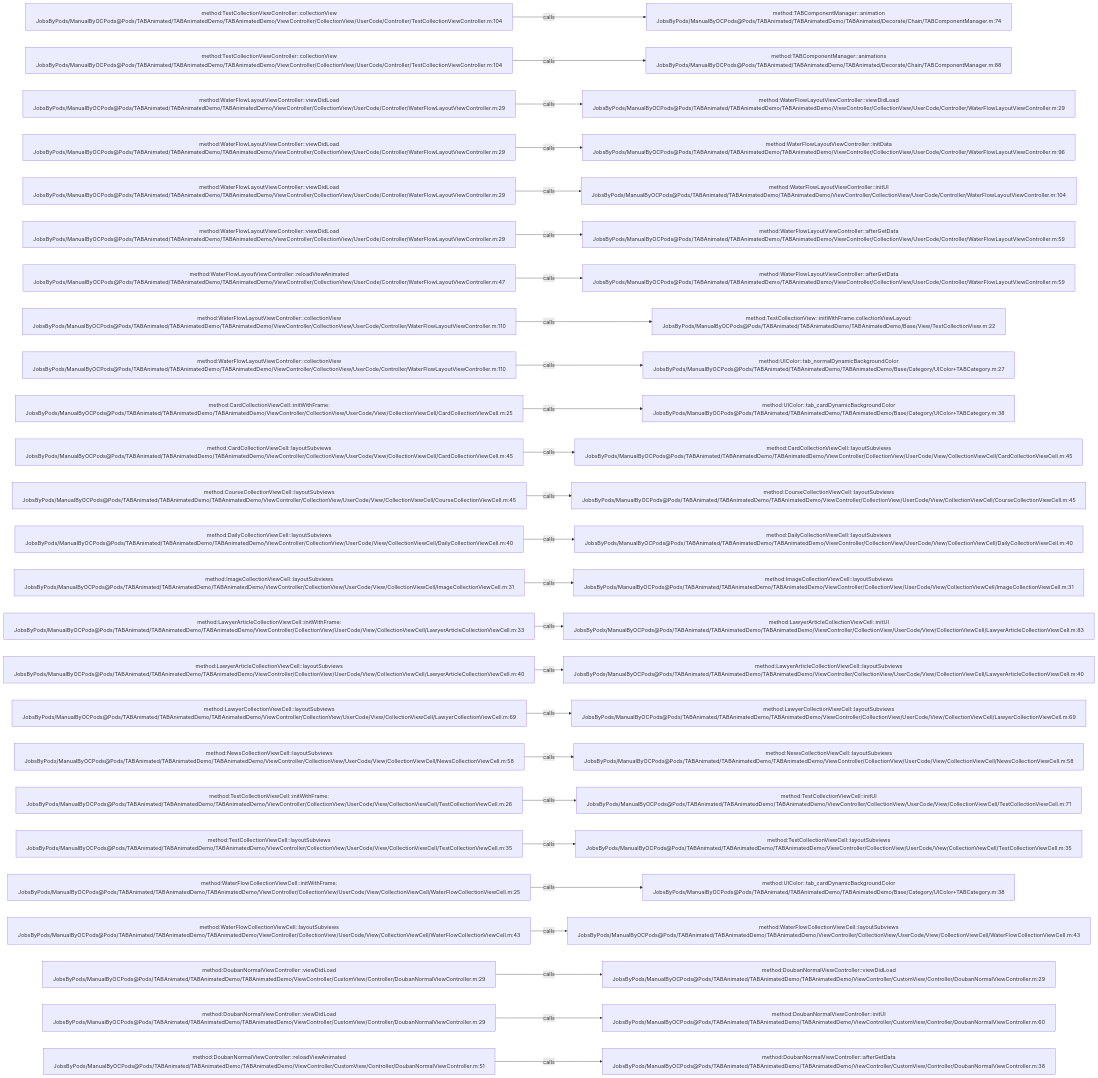
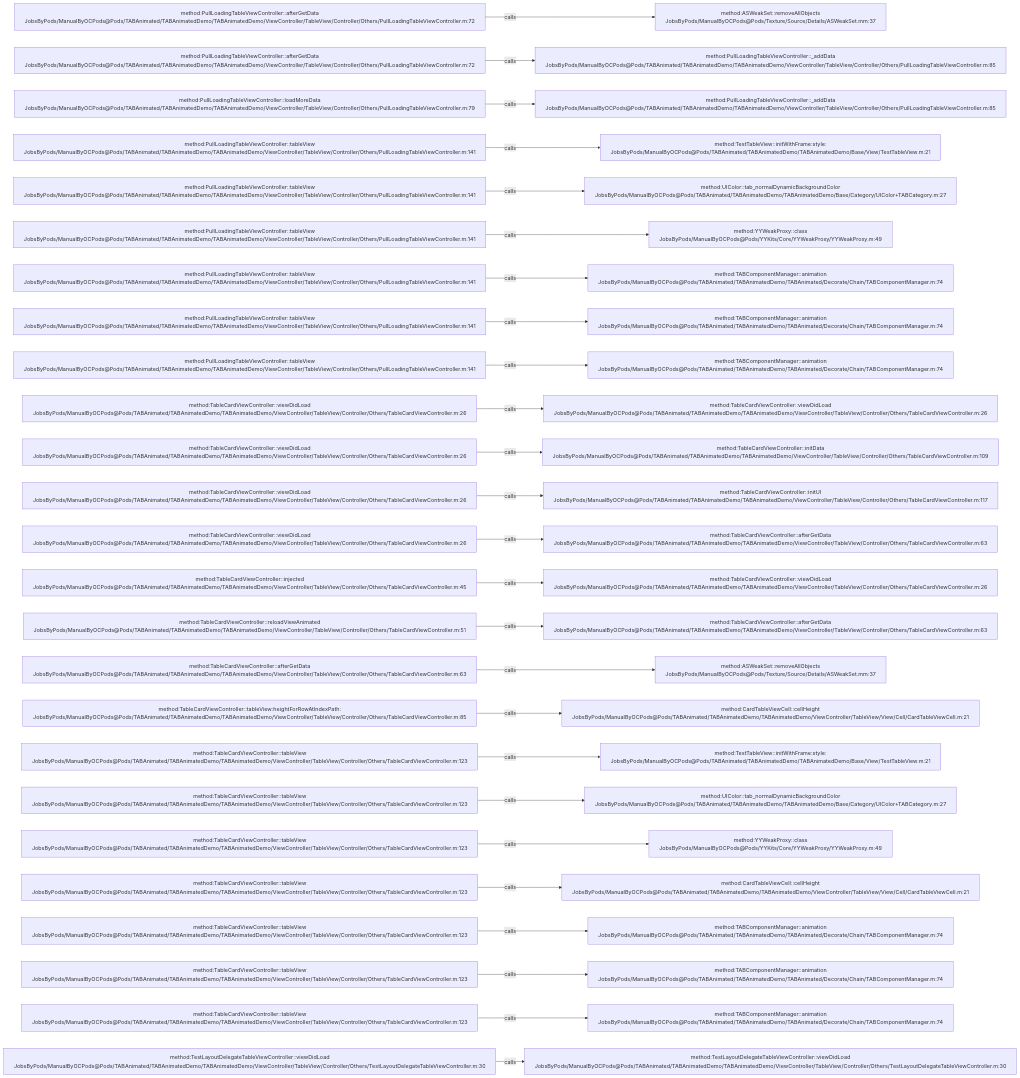
Before and after one commit to JobsKits/JobsOCBaseConfigDemo: the diagram in .codegraph/codegraph.md/graphs/calls-045.md, drawn with Mermaid. The commit also changed 2723 other files, not shown here.

````diff
--- a/.codegraph/codegraph.md/graphs/calls-045.md
+++ b/.codegraph/codegraph.md/graphs/calls-045.md
@@ -13,78 +13,78 @@
 ```mermaid
 flowchart LR
-  S1["method:TestCollectionViewController::collectionView<br/>JobsByPods/ManualByOCPods@Pods/TABAnimated/TABAnimatedDemo/TABAnimatedDemo/ViewController/CollectionView/UserCode/Controller/TestCollectionViewController.m:104"]
-  T1["method:TABComponentManager::animation<br/>JobsByPods/ManualByOCPods@Pods/TABAnimated/TABAnimatedDemo/TABAnimated/Decorate/Chain/TABComponentManager.m:74"]
+  S1["method:PullLoadingTableViewController::afterGetData<br/>JobsByPods/ManualByOCPods@Pods/TABAnimated/TABAnimatedDemo/TABAnimatedDemo/ViewController/TableView/Controller/Others/PullLoadingTableViewController.m:72"]
+  T1["method:ASWeakSet::removeAllObjects<br/>JobsByPods/ManualByOCPods@Pods/Texture/Source/Details/ASWeakSet.mm:37"]
   S1 -->|calls| T1
-  S2["method:TestCollectionViewController::collectionView<br/>JobsByPods/ManualByOCPods@Pods/TABAnimated/TABAnimatedDemo/TABAnimatedDemo/ViewController/CollectionView/UserCode/Controller/TestCollectionViewController.m:104"]
-  T2["method:TABComponentManager::animations<br/>JobsByPods/ManualByOCPods@Pods/TABAnimated/TABAnimatedDemo/TABAnimated/Decorate/Chain/TABComponentManager.m:88"]
+  S2["method:PullLoadingTableViewController::afterGetData<br/>JobsByPods/ManualByOCPods@Pods/TABAnimated/TABAnimatedDemo/TABAnimatedDemo/ViewController/TableView/Controller/Others/PullLoadingTableViewController.m:72"]
+  T2["method:PullLoadingTableViewController::_addData<br/>JobsByPods/ManualByOCPods@Pods/TABAnimated/TABAnimatedDemo/TABAnimatedDemo/ViewController/TableView/Controller/Others/PullLoadingTableViewController.m:85"]
   S2 -->|calls| T2
-  S3["method:WaterFlowLayoutViewController::viewDidLoad<br/>JobsByPods/ManualByOCPods@Pods/TABAnimated/TABAnimatedDemo/TABAnimatedDemo/ViewController/CollectionView/UserCode/Controller/WaterFlowLayoutViewController.m:29"]
-  T3["method:WaterFlowLayoutViewController::viewDidLoad<br/>JobsByPods/ManualByOCPods@Pods/TABAnimated/TABAnimatedDemo/TABAnimatedDemo/ViewController/CollectionView/UserCode/Controller/WaterFlowLayoutViewController.m:29"]
+  S3["method:PullLoadingTableViewController::loadMoreData<br/>JobsByPods/ManualByOCPods@Pods/TABAnimated/TABAnimatedDemo/TABAnimatedDemo/ViewController/TableView/Controller/Others/PullLoadingTableViewController.m:79"]
+  T3["method:PullLoadingTableViewController::_addData<br/>JobsByPods/ManualByOCPods@Pods/TABAnimated/TABAnimatedDemo/TABAnimatedDemo/ViewController/TableView/Controller/Others/PullLoadingTableViewController.m:85"]
   S3 -->|calls| T3
-  S4["method:WaterFlowLayoutViewController::viewDidLoad<br/>JobsByPods/ManualByOCPods@Pods/TABAnimated/TABAnimatedDemo/TABAnimatedDemo/ViewController/CollectionView/UserCode/Controller/WaterFlowLayoutViewController.m:29"]
-  T4["method:WaterFlowLayoutViewController::initData<br/>JobsByPods/ManualByOCPods@Pods/TABAnimated/TABAnimatedDemo/TABAnimatedDemo/ViewController/CollectionView/UserCode/Controller/WaterFlowLayoutViewController.m:96"]
+  S4["method:PullLoadingTableViewController::tableView<br/>JobsByPods/ManualByOCPods@Pods/TABAnimated/TABAnimatedDemo/TABAnimatedDemo/ViewController/TableView/Controller/Others/PullLoadingTableViewController.m:141"]
+  T4["method:TestTableView::initWithFrame:style:<br/>JobsByPods/ManualByOCPods@Pods/TABAnimated/TABAnimatedDemo/TABAnimatedDemo/Base/View/TestTableView.m:21"]
   S4 -->|calls| T4
-  S5["method:WaterFlowLayoutViewController::viewDidLoad<br/>JobsByPods/ManualByOCPods@Pods/TABAnimated/TABAnimatedDemo/TABAnimatedDemo/ViewController/CollectionView/UserCode/Controller/WaterFlowLayoutViewController.m:29"]
-  T5["method:WaterFlowLayoutViewController::initUI<br/>JobsByPods/ManualByOCPods@Pods/TABAnimated/TABAnimatedDemo/TABAnimatedDemo/ViewController/CollectionView/UserCode/Controller/WaterFlowLayoutViewController.m:104"]
+  S5["method:PullLoadingTableViewController::tableView<br/>JobsByPods/ManualByOCPods@Pods/TABAnimated/TABAnimatedDemo/TABAnimatedDemo/ViewController/TableView/Controller/Others/PullLoadingTableViewController.m:141"]
+  T5["method:UIColor::tab_normalDynamicBackgroundColor<br/>JobsByPods/ManualByOCPods@Pods/TABAnimated/TABAnimatedDemo/TABAnimatedDemo/Base/Category/UIColor+TABCategory.m:27"]
   S5 -->|calls| T5
-  S6["method:WaterFlowLayoutViewController::viewDidLoad<br/>JobsByPods/ManualByOCPods@Pods/TABAnimated/TABAnimatedDemo/TABAnimatedDemo/ViewController/CollectionView/UserCode/Controller/WaterFlowLayoutViewController.m:29"]
-  T6["method:WaterFlowLayoutViewController::afterGetData<br/>JobsByPods/ManualByOCPods@Pods/TABAnimated/TABAnimatedDemo/TABAnimatedDemo/ViewController/CollectionView/UserCode/Controller/WaterFlowLayoutViewController.m:59"]
+  S6["method:PullLoadingTableViewController::tableView<br/>JobsByPods/ManualByOCPods@Pods/TABAnimated/TABAnimatedDemo/TABAnimatedDemo/ViewController/TableView/Controller/Others/PullLoadingTableViewController.m:141"]
+  T6["method:YYWeakProxy::class<br/>JobsByPods/ManualByOCPods@Pods/YYKits/Core/YYWeakProxy/YYWeakProxy.m:49"]
   S6 -->|calls| T6
-  S7["method:WaterFlowLayoutViewController::reloadViewAnimated<br/>JobsByPods/ManualByOCPods@Pods/TABAnimated/TABAnimatedDemo/TABAnimatedDemo/ViewController/CollectionView/UserCode/Controller/WaterFlowLayoutViewController.m:47"]
-  T7["method:WaterFlowLayoutViewController::afterGetData<br/>JobsByPods/ManualByOCPods@Pods/TABAnimated/TABAnimatedDemo/TABAnimatedDemo/ViewController/CollectionView/UserCode/Controller/WaterFlowLayoutViewController.m:59"]
+  S7["method:PullLoadingTableViewController::tableView<br/>JobsByPods/ManualByOCPods@Pods/TABAnimated/TABAnimatedDemo/TABAnimatedDemo/ViewController/TableView/Controller/Others/PullLoadingTableViewController.m:141"]
+  T7["method:TABComponentManager::animation<br/>JobsByPods/ManualByOCPods@Pods/TABAnimated/TABAnimatedDemo/TABAnimated/Decorate/Chain/TABComponentManager.m:74"]
   S7 -->|calls| T7
-  S8["method:WaterFlowLayoutViewController::collectionView<br/>JobsByPods/ManualByOCPods@Pods/TABAnimated/TABAnimatedDemo/TABAnimatedDemo/ViewController/CollectionView/UserCode/Controller/WaterFlowLayoutViewController.m:110"]
-  T8["method:TestCollectionView::initWithFrame:collectionViewLayout:<br/>JobsByPods/ManualByOCPods@Pods/TABAnimated/TABAnimatedDemo/TABAnimatedDemo/Base/View/TestCollectionView.m:22"]
+  S8["method:PullLoadingTableViewController::tableView<br/>JobsByPods/ManualByOCPods@Pods/TABAnimated/TABAnimatedDemo/TABAnimatedDemo/ViewController/TableView/Controller/Others/PullLoadingTableViewController.m:141"]
+  T8["method:TABComponentManager::animation<br/>JobsByPods/ManualByOCPods@Pods/TABAnimated/TABAnimatedDemo/TABAnimated/Decorate/Chain/TABComponentManager.m:74"]
   S8 -->|calls| T8
-  S9["method:WaterFlowLayoutViewController::collectionView<br/>JobsByPods/ManualByOCPods@Pods/TABAnimated/TABAnimatedDemo/TABAnimatedDemo/ViewController/CollectionView/UserCode/Controller/WaterFlowLayoutViewController.m:110"]
-  T9["method:UIColor::tab_normalDynamicBackgroundColor<br/>JobsByPods/ManualByOCPods@Pods/TABAnimated/TABAnimatedDemo/TABAnimatedDemo/Base/Category/UIColor+TABCategory.m:27"]
+  S9["method:PullLoadingTableViewController::tableView<br/>JobsByPods/ManualByOCPods@Pods/TABAnimated/TABAnimatedDemo/TABAnimatedDemo/ViewController/TableView/Controller/Others/PullLoadingTableViewController.m:141"]
+  T9["method:TABComponentManager::animation<br/>JobsByPods/ManualByOCPods@Pods/TABAnimated/TABAnimatedDemo/TABAnimated/Decorate/Chain/TABComponentManager.m:74"]
   S9 -->|calls| T9
-  S10["method:CardCollectionViewCell::initWithFrame:<br/>JobsByPods/ManualByOCPods@Pods/TABAnimated/TABAnimatedDemo/TABAnimatedDemo/ViewController/CollectionView/UserCode/View/CollectionViewCell/CardCollectionViewCell.m:25"]
-  T10["method:UIColor::tab_cardDynamicBackgroundColor<br/>JobsByPods/ManualByOCPods@Pods/TABAnimated/TABAnimatedDemo/TABAnimatedDemo/Base/Category/UIColor+TABCategory.m:38"]
+  S10["method:TableCardViewController::viewDidLoad<br/>JobsByPods/ManualByOCPods@Pods/TABAnimated/TABAnimatedDemo/TABAnimatedDemo/ViewController/TableView/Controller/Others/TableCardViewController.m:26"]
+  T10["method:TableCardViewController::viewDidLoad<br/>JobsByPods/ManualByOCPods@Pods/TABAnimated/TABAnimatedDemo/TABAnimatedDemo/ViewController/TableView/Controller/Others/TableCardViewController.m:26"]
   S10 -->|calls| T10
-  S11["method:CardCollectionViewCell::layoutSubviews<br/>JobsByPods/ManualByOCPods@Pods/TABAnimated/TABAnimatedDemo/TABAnimatedDemo/ViewController/CollectionView/UserCode/View/CollectionViewCell/CardCollectionViewCell.m:45"]
-  T11["method:CardCollectionViewCell::layoutSubviews<br/>JobsByPods/ManualByOCPods@Pods/TABAnimated/TABAnimatedDemo/TABAnimatedDemo/ViewController/CollectionView/UserCode/View/CollectionViewCell/CardCollectionViewCell.m:45"]
+  S11["method:TableCardViewController::viewDidLoad<br/>JobsByPods/ManualByOCPods@Pods/TABAnimated/TABAnimatedDemo/TABAnimatedDemo/ViewController/TableView/Controller/Others/TableCardViewController.m:26"]
+  T11["method:TableCardViewController::initData<br/>JobsByPods/ManualByOCPods@Pods/TABAnimated/TABAnimatedDemo/TABAnimatedDemo/ViewController/TableView/Controller/Others/TableCardViewController.m:109"]
   S11 -->|calls| T11
-  S12["method:CourseCollectionViewCell::layoutSubviews<br/>JobsByPods/ManualByOCPods@Pods/TABAnimated/TABAnimatedDemo/TABAnimatedDemo/ViewController/CollectionView/UserCode/View/CollectionViewCell/CourseCollectionViewCell.m:45"]
-  T12["method:CourseCollectionViewCell::layoutSubviews<br/>JobsByPods/ManualByOCPods@Pods/TABAnimated/TABAnimatedDemo/TABAnimatedDemo/ViewController/CollectionView/UserCode/View/CollectionViewCell/CourseCollectionViewCell.m:45"]
+  S12["method:TableCardViewController::viewDidLoad<br/>JobsByPods/ManualByOCPods@Pods/TABAnimated/TABAnimatedDemo/TABAnimatedDemo/ViewController/TableView/Controller/Others/TableCardViewController.m:26"]
+  T12["method:TableCardViewController::initUI<br/>JobsByPods/ManualByOCPods@Pods/TABAnimated/TABAnimatedDemo/TABAnimatedDemo/ViewController/TableView/Controller/Others/TableCardViewController.m:117"]
   S12 -->|calls| T12
-  S13["method:DailyCollectionViewCell::layoutSubviews<br/>JobsByPods/ManualByOCPods@Pods/TABAnimated/TABAnimatedDemo/TABAnimatedDemo/ViewController/CollectionView/UserCode/View/CollectionViewCell/DailyCollectionViewCell.m:40"]
-  T13["method:DailyCollectionViewCell::layoutSubviews<br/>JobsByPods/ManualByOCPods@Pods/TABAnimated/TABAnimatedDemo/TABAnimatedDemo/ViewController/CollectionView/UserCode/View/CollectionViewCell/DailyCollectionViewCell.m:40"]
+  S13["method:TableCardViewController::viewDidLoad<br/>JobsByPods/ManualByOCPods@Pods/TABAnimated/TABAnimatedDemo/TABAnimatedDemo/ViewController/TableView/Controller/Others/TableCardViewController.m:26"]
+  T13["method:TableCardViewController::afterGetData<br/>JobsByPods/ManualByOCPods@Pods/TABAnimated/TABAnimatedDemo/TABAnimatedDemo/ViewController/TableView/Controller/Others/TableCardViewController.m:63"]
   S13 -->|calls| T13
-  S14["method:ImageCollectionViewCell::layoutSubviews<br/>JobsByPods/ManualByOCPods@Pods/TABAnimated/TABAnimatedDemo/TABAnimatedDemo/ViewController/CollectionView/UserCode/View/CollectionViewCell/ImageCollectionViewCell.m:31"]
-  T14["method:ImageCollectionViewCell::layoutSubviews<br/>JobsByPods/ManualByOCPods@Pods/TABAnimated/TABAnimatedDemo/TABAnimatedDemo/ViewController/CollectionView/UserCode/View/CollectionViewCell/ImageCollectionViewCell.m:31"]
+  S14["method:TableCardViewController::injected<br/>JobsByPods/ManualByOCPods@Pods/TABAnimated/TABAnimatedDemo/TABAnimatedDemo/ViewController/TableView/Controller/Others/TableCardViewController.m:45"]
+  T14["method:TableCardViewController::viewDidLoad<br/>JobsByPods/ManualByOCPods@Pods/TABAnimated/TABAnimatedDemo/TABAnimatedDemo/ViewController/TableView/Controller/Others/TableCardViewController.m:26"]
   S14 -->|calls| T14
-  S15["method:LawyerArticleCollectionViewCell::initWithFrame:<br/>JobsByPods/ManualByOCPods@Pods/TABAnimated/TABAnimatedDemo/TABAnimatedDemo/ViewController/CollectionView/UserCode/View/CollectionViewCell/LawyerArticleCollectionViewCell.m:33"]
-  T15["method:LawyerArticleCollectionViewCell::initUI<br/>JobsByPods/ManualByOCPods@Pods/TABAnimated/TABAnimatedDemo/TABAnimatedDemo/ViewController/CollectionView/UserCode/View/CollectionViewCell/LawyerArticleCollectionViewCell.m:83"]
+  S15["method:TableCardViewController::reloadViewAnimated<br/>JobsByPods/ManualByOCPods@Pods/TABAnimated/TABAnimatedDemo/TABAnimatedDemo/ViewController/TableView/Controller/Others/TableCardViewController.m:51"]
+  T15["method:TableCardViewController::afterGetData<br/>JobsByPods/ManualByOCPods@Pods/TABAnimated/TABAnimatedDemo/TABAnimatedDemo/ViewController/TableView/Controller/Others/TableCardViewController.m:63"]
   S15 -->|calls| T15
-  S16["method:LawyerArticleCollectionViewCell::layoutSubviews<br/>JobsByPods/ManualByOCPods@Pods/TABAnimated/TABAnimatedDemo/TABAnimatedDemo/ViewController/CollectionView/UserCode/View/CollectionViewCell/LawyerArticleCollectionViewCell.m:40"]
-  T16["method:LawyerArticleCollectionViewCell::layoutSubviews<br/>JobsByPods/ManualByOCPods@Pods/TABAnimated/TABAnimatedDemo/TABAnimatedDemo/ViewController/CollectionView/UserCode/View/CollectionViewCell/LawyerArticleCollectionViewCell.m:40"]
+  S16["method:TableCardViewController::afterGetData<br/>JobsByPods/ManualByOCPods@Pods/TABAnimated/TABAnimatedDemo/TABAnimatedDemo/ViewController/TableView/Controller/Others/TableCardViewController.m:63"]
+  T16["method:ASWeakSet::removeAllObjects<br/>JobsByPods/ManualByOCPods@Pods/Texture/Source/Details/ASWeakSet.mm:37"]
   S16 -->|calls| T16
-  S17["method:LawyerCollectionViewCell::layoutSubviews<br/>JobsByPods/ManualByOCPods@Pods/TABAnimated/TABAnimatedDemo/TABAnimatedDemo/ViewController/CollectionView/UserCode/View/CollectionViewCell/LawyerCollectionViewCell.m:69"]
-  T17["method:LawyerCollectionViewCell::layoutSubviews<br/>JobsByPods/ManualByOCPods@Pods/TABAnimated/TABAnimatedDemo/TABAnimatedDemo/ViewController/CollectionView/UserCode/View/CollectionViewCell/LawyerCollectionViewCell.m:69"]
+  S17["method:TableCardViewController::tableView:heightForRowAtIndexPath:<br/>JobsByPods/ManualByOCPods@Pods/TABAnimated/TABAnimatedDemo/TABAnimatedDemo/ViewController/TableView/Controller/Others/TableCardViewController.m:85"]
+  T17["method:CardTableViewCell::cellHeight<br/>JobsByPods/ManualByOCPods@Pods/TABAnimated/TABAnimatedDemo/TABAnimatedDemo/ViewController/TableView/View/Cell/CardTableViewCell.m:21"]
   S17 -->|calls| T17
-  S18["method:NewsCollectionViewCell::layoutSubviews<br/>JobsByPods/ManualByOCPods@Pods/TABAnimated/TABAnimatedDemo/TABAnimatedDemo/ViewController/CollectionView/UserCode/View/CollectionViewCell/NewsCollectionViewCell.m:58"]
-  T18["method:NewsCollectionViewCell::layoutSubviews<br/>JobsByPods/ManualByOCPods@Pods/TABAnimated/TABAnimatedDemo/TABAnimatedDemo/ViewController/CollectionView/UserCode/View/CollectionViewCell/NewsCollectionViewCell.m:58"]
+  S18["method:TableCardViewController::tableView<br/>JobsByPods/ManualByOCPods@Pods/TABAnimated/TABAnimatedDemo/TABAnimatedDemo/ViewController/TableView/Controller/Others/TableCardViewController.m:123"]
+  T18["method:TestTableView::initWithFrame:style:<br/>JobsByPods/ManualByOCPods@Pods/TABAnimated/TABAnimatedDemo/TABAnimatedDemo/Base/View/TestTableView.m:21"]
   S18 -->|calls| T18
-  S19["method:TestCollectionViewCell::initWithFrame:<br/>JobsByPods/ManualByOCPods@Pods/TABAnimated/TABAnimatedDemo/TABAnimatedDemo/ViewController/CollectionView/UserCode/View/CollectionViewCell/TestCollectionViewCell.m:26"]
-  T19["method:TestCollectionViewCell::initUI<br/>JobsByPods/ManualByOCPods@Pods/TABAnimated/TABAnimatedDemo/TABAnimatedDemo/ViewController/CollectionView/UserCode/View/CollectionViewCell/TestCollectionViewCell.m:71"]
+  S19["method:TableCardViewController::tableView<br/>JobsByPods/ManualByOCPods@Pods/TABAnimated/TABAnimatedDemo/TABAnimatedDemo/ViewController/TableView/Controller/Others/TableCardViewController.m:123"]
+  T19["method:UIColor::tab_normalDynamicBackgroundColor<br/>JobsByPods/ManualByOCPods@Pods/TABAnimated/TABAnimatedDemo/TABAnimatedDemo/Base/Category/UIColor+TABCategory.m:27"]
   S19 -->|calls| T19
-  S20["method:TestCollectionViewCell::layoutSubviews<br/>JobsByPods/ManualByOCPods@Pods/TABAnimated/TABAnimatedDemo/TABAnimatedDemo/ViewController/CollectionView/UserCode/View/CollectionViewCell/TestCollectionViewCell.m:35"]
-  T20["method:TestCollectionViewCell::layoutSubviews<br/>JobsByPods/ManualByOCPods@Pods/TABAnimated/TABAnimatedDemo/TABAnimatedDemo/ViewController/CollectionView/UserCode/View/CollectionViewCell/TestCollectionViewCell.m:35"]
+  S20["method:TableCardViewController::tableView<br/>JobsByPods/ManualByOCPods@Pods/TABAnimated/TABAnimatedDemo/TABAnimatedDemo/ViewController/TableView/Controller/Others/TableCardViewController.m:123"]
+  T20["method:YYWeakProxy::class<br/>JobsByPods/ManualByOCPods@Pods/YYKits/Core/YYWeakProxy/YYWeakProxy.m:49"]
   S20 -->|calls| T20
-  S21["method:WaterFlowCollectionViewCell::initWithFrame:<br/>JobsByPods/ManualByOCPods@Pods/TABAnimated/TABAnimatedDemo/TABAnimatedDemo/ViewController/CollectionView/UserCode/View/CollectionViewCell/WaterFlowCollectionViewCell.m:25"]
-  T21["method:UIColor::tab_cardDynamicBackgroundColor<br/>JobsByPods/ManualByOCPods@Pods/TABAnimated/TABAnimatedDemo/TABAnimatedDemo/Base/Category/UIColor+TABCategory.m:38"]
+  S21["method:TableCardViewController::tableView<br/>JobsByPods/ManualByOCPods@Pods/TABAnimated/TABAnimatedDemo/TABAnimatedDemo/ViewController/TableView/Controller/Others/TableCardViewController.m:123"]
+  T21["method:CardTableViewCell::cellHeight<br/>JobsByPods/ManualByOCPods@Pods/TABAnimated/TABAnimatedDemo/TABAnimatedDemo/ViewController/TableView/View/Cell/CardTableViewCell.m:21"]
   S21 -->|calls| T21
-  S22["method:WaterFlowCollectionViewCell::layoutSubviews<br/>JobsByPods/ManualByOCPods@Pods/TABAnimated/TABAnimatedDemo/TABAnimatedDemo/ViewController/CollectionView/UserCode/View/CollectionViewCell/WaterFlowCollectionViewCell.m:43"]
-  T22["method:WaterFlowCollectionViewCell::layoutSubviews<br/>JobsByPods/ManualByOCPods@Pods/TABAnimated/TABAnimatedDemo/TABAnimatedDemo/ViewController/CollectionView/UserCode/View/CollectionViewCell/WaterFlowCollectionViewCell.m:43"]
+  S22["method:TableCardViewController::tableView<br/>JobsByPods/ManualByOCPods@Pods/TABAnimated/TABAnimatedDemo/TABAnimatedDemo/ViewController/TableView/Controller/Others/TableCardViewController.m:123"]
+  T22["method:TABComponentManager::animation<br/>JobsByPods/ManualByOCPods@Pods/TABAnimated/TABAnimatedDemo/TABAnimated/Decorate/Chain/TABComponentManager.m:74"]
   S22 -->|calls| T22
-  S23["method:DoubanNormalViewController::viewDidLoad<br/>JobsByPods/ManualByOCPods@Pods/TABAnimated/TABAnimatedDemo/TABAnimatedDemo/ViewController/CustomView/Controller/DoubanNormalViewController.m:29"]
-  T23["method:DoubanNormalViewController::viewDidLoad<br/>JobsByPods/ManualByOCPods@Pods/TABAnimated/TABAnimatedDemo/TABAnimatedDemo/ViewController/CustomView/Controller/DoubanNormalViewController.m:29"]
+  S23["method:TableCardViewController::tableView<br/>JobsByPods/ManualByOCPods@Pods/TABAnimated/TABAnimatedDemo/TABAnimatedDemo/ViewController/TableView/Controller/Others/TableCardViewController.m:123"]
+  T23["method:TABComponentManager::animation<br/>JobsByPods/ManualByOCPods@Pods/TABAnimated/TABAnimatedDemo/TABAnimated/Decorate/Chain/TABComponentManager.m:74"]
   S23 -->|calls| T23
-  S24["method:DoubanNormalViewController::viewDidLoad<br/>JobsByPods/ManualByOCPods@Pods/TABAnimated/TABAnimatedDemo/TABAnimatedDemo/ViewController/CustomView/Controller/DoubanNormalViewController.m:29"]
-  T24["method:DoubanNormalViewController::initUI<br/>JobsByPods/ManualByOCPods@Pods/TABAnimated/TABAnimatedDemo/TABAnimatedDemo/ViewController/CustomView/Controller/DoubanNormalViewController.m:60"]
+  S24["method:TableCardViewController::tableView<br/>JobsByPods/ManualByOCPods@Pods/TABAnimated/TABAnimatedDemo/TABAnimatedDemo/ViewController/TableView/Controller/Others/TableCardViewController.m:123"]
+  T24["method:TABComponentManager::animation<br/>JobsByPods/ManualByOCPods@Pods/TABAnimated/TABAnimatedDemo/TABAnimated/Decorate/Chain/TABComponentManager.m:74"]
   S24 -->|calls| T24
-  S25["method:DoubanNormalViewController::reloadViewAnimated<br/>JobsByPods/ManualByOCPods@Pods/TABAnimated/TABAnimatedDemo/TABAnimatedDemo/ViewController/CustomView/Controller/DoubanNormalViewController.m:51"]
-  T25["method:DoubanNormalViewController::afterGetData<br/>JobsByPods/ManualByOCPods@Pods/TABAnimated/TABAnimatedDemo/TABAnimatedDemo/ViewController/CustomView/Controller/DoubanNormalViewController.m:38"]
+  S25["method:TestLayoutDelegateTableViewController::viewDidLoad<br/>JobsByPods/ManualByOCPods@Pods/TABAnimated/TABAnimatedDemo/TABAnimatedDemo/ViewController/TableView/Controller/Others/TestLayoutDelegateTableViewController.m:30"]
+  T25["method:TestLayoutDelegateTableViewController::viewDidLoad<br/>JobsByPods/ManualByOCPods@Pods/TABAnimated/TABAnimatedDemo/TABAnimatedDemo/ViewController/TableView/Controller/Others/TestLayoutDelegateTableViewController.m:30"]
   S25 -->|calls| T25
 ```
````
